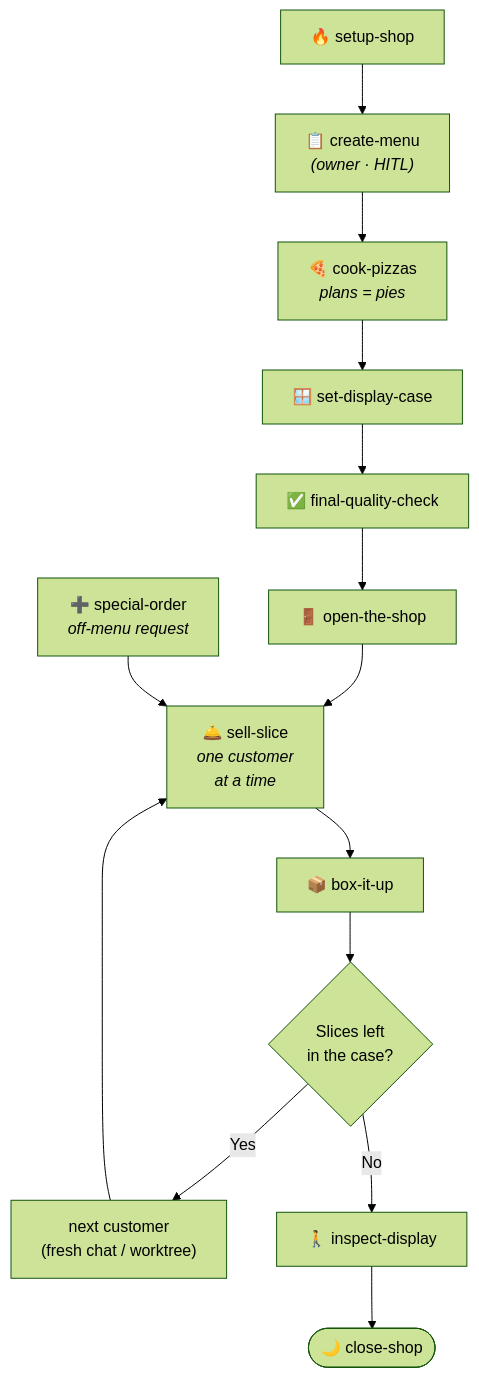
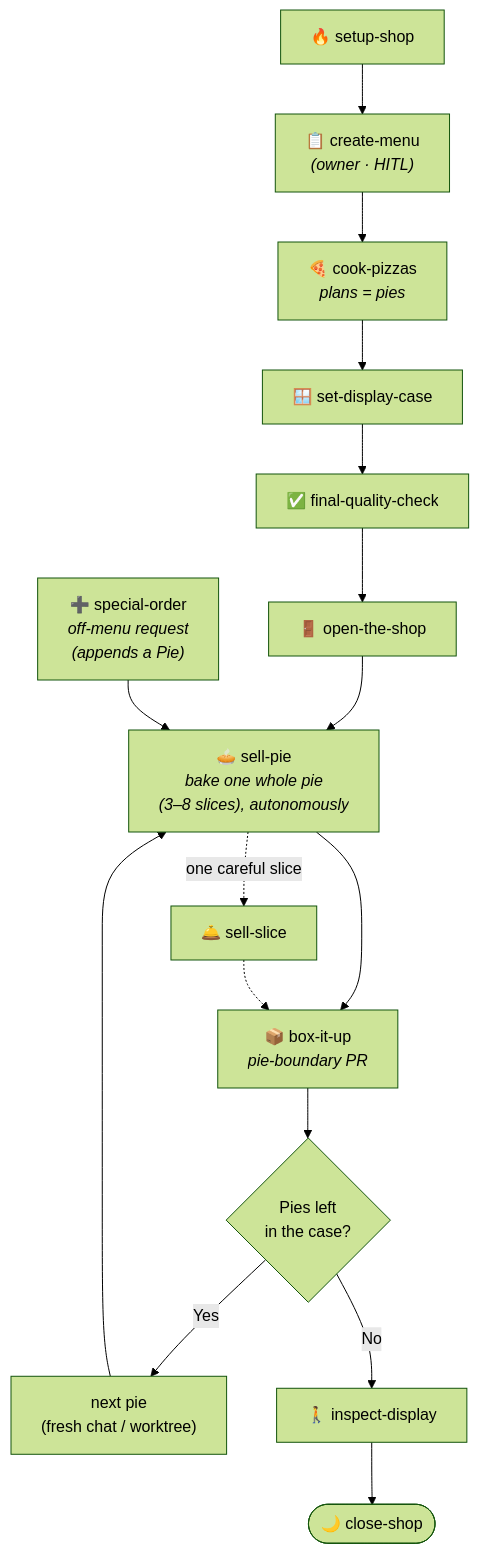
One commit to steve-piece/bytheslice changed the diagram in README.md. Above: the diagram before and after it, drawn with Mermaid (forest theme). The commit also changed other lines of this file and 45 other files, not shown here.

First line of the commit message:
feat(v5)!: migrate to Pie/Slice model with /sell-pie autonomous baker

````diff
--- a/README.md
+++ b/README.md
@@ -211,16 +215,18 @@
 ```mermaid
 flowchart TD
     Setup["🔥 setup-shop"] --> Menu["📋 create-menu<br/><i>(owner · HITL)</i>"]
     Menu --> Cook["🍕 cook-pizzas<br/><i>plans = pies</i>"]
     Cook --> Case["🪟 set-display-case"]
     Case --> QC["✅ final-quality-check"]
     QC --> Open["🚪 open-the-shop"]
-    Open --> Sell["🛎️ sell-slice<br/><i>one customer<br/>at a time</i>"]
-    Special["➕ special-order<br/><i>off-menu request</i>"] --> Sell
-    Sell --> Box["📦 box-it-up"]
-    Box --> Q{"Slices left<br/>in the case?"}
-    Q -->|Yes| Next["next customer<br/>(fresh chat / worktree)"]
-    Next --> Sell
+    Open --> Pie["🥧 sell-pie<br/><i>bake one whole pie<br/>(3–8 slices), autonomously</i>"]
+    Special["➕ special-order<br/><i>off-menu request<br/>(appends a Pie)</i>"] --> Pie
+    Pie -.->|one careful slice| Sell["🛎️ sell-slice"]
+    Pie --> Box["📦 box-it-up<br/><i>pie-boundary PR</i>"]
+    Sell -.-> Box
+    Box --> Q{"Pies left<br/>in the case?"}
+    Q -->|Yes| Next["next pie<br/>(fresh chat / worktree)"]
+    Next --> Pie
     Q -->|No| Inspect["🚶 inspect-display"]
     Inspect --> Close(["🌙 close-shop"])
 ```
````
